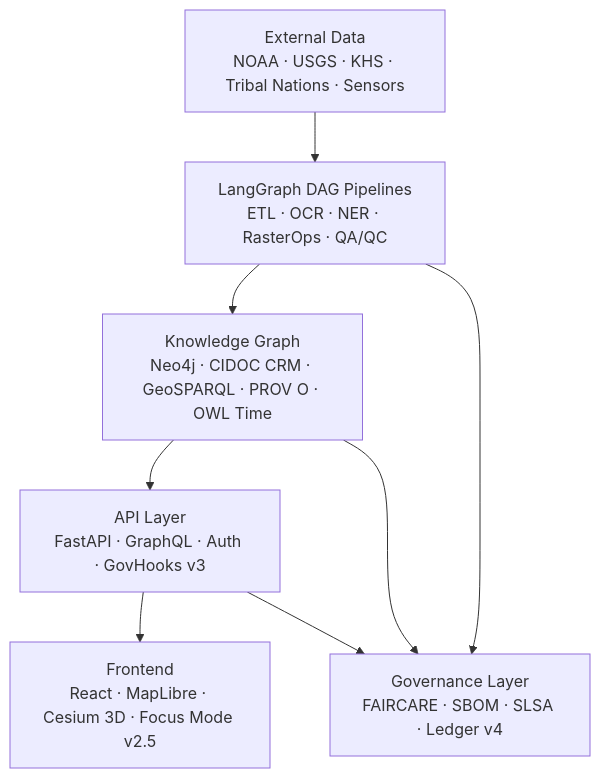
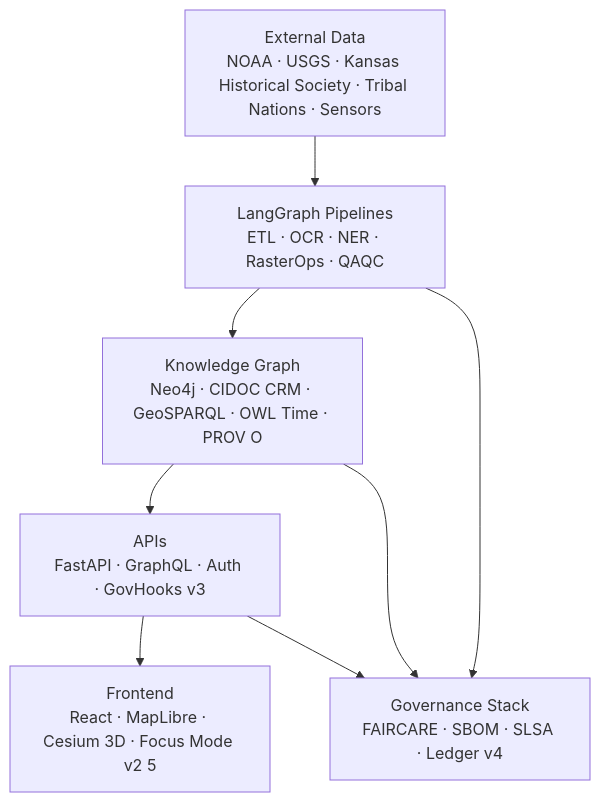
The first of 4 diagrams in README.md (bartytime4life/Kansas-Frontier-Matrix), drawn with Mermaid before and after one commit. The commit also changed other lines of this file, not shown here.

````diff
--- a/README.md
+++ b/README.md
@@ -96,10 +82,10 @@
 ```mermaid
 flowchart TD
-  A[External Data<br/>NOAA · USGS · KHS · Tribal Nations · Sensors] --> B[LangGraph DAG Pipelines<br/>ETL · OCR · NER · RasterOps · QA/QC]
-  B --> C[Knowledge Graph<br/>Neo4j · CIDOC CRM · GeoSPARQL · PROV O · OWL Time]
-  C --> D[API Layer<br/>FastAPI · GraphQL · Auth · GovHooks v3]
-  D --> E[Frontend<br/>React · MapLibre · Cesium 3D · Focus Mode v2.5]
-  B --> F[Governance Layer<br/>FAIRCARE · SBOM · SLSA · Ledger v4]
+  A[External Data<br/>NOAA · USGS · Kansas Historical Society · Tribal Nations · Sensors] --> B[LangGraph Pipelines<br/>ETL · OCR · NER · RasterOps · QAQC]
+  B --> C[Knowledge Graph<br/>Neo4j · CIDOC CRM · GeoSPARQL · OWL Time · PROV O]
+  C --> D[APIs<br/>FastAPI · GraphQL · Auth · GovHooks v3]
+  D --> E[Frontend<br/>React · MapLibre · Cesium 3D · Focus Mode v2 5]
+  B --> F[Governance Stack<br/>FAIRCARE · SBOM · SLSA · Ledger v4]
+  C --> F
   D --> F
-  C --> F
 ```
````
